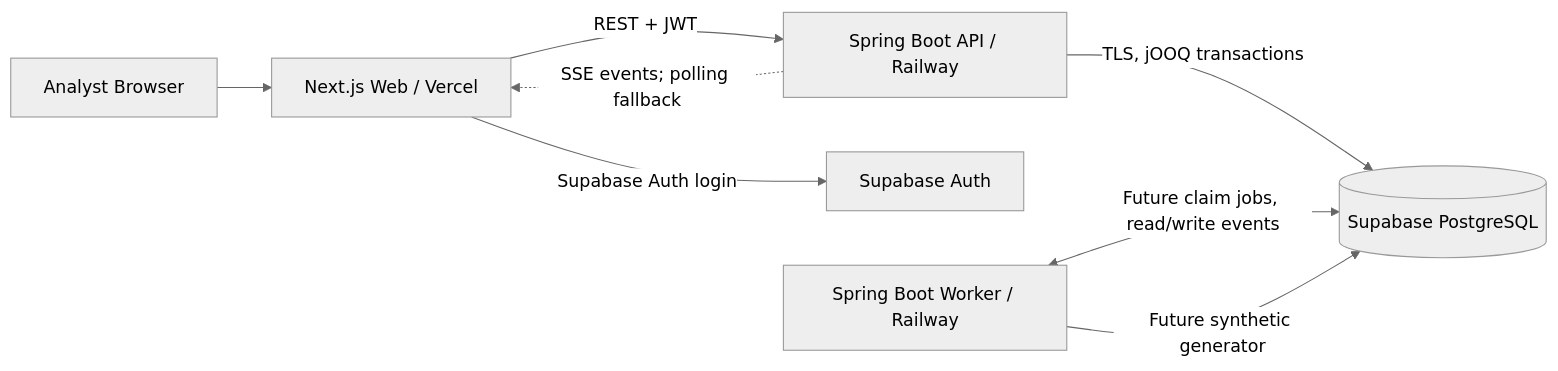
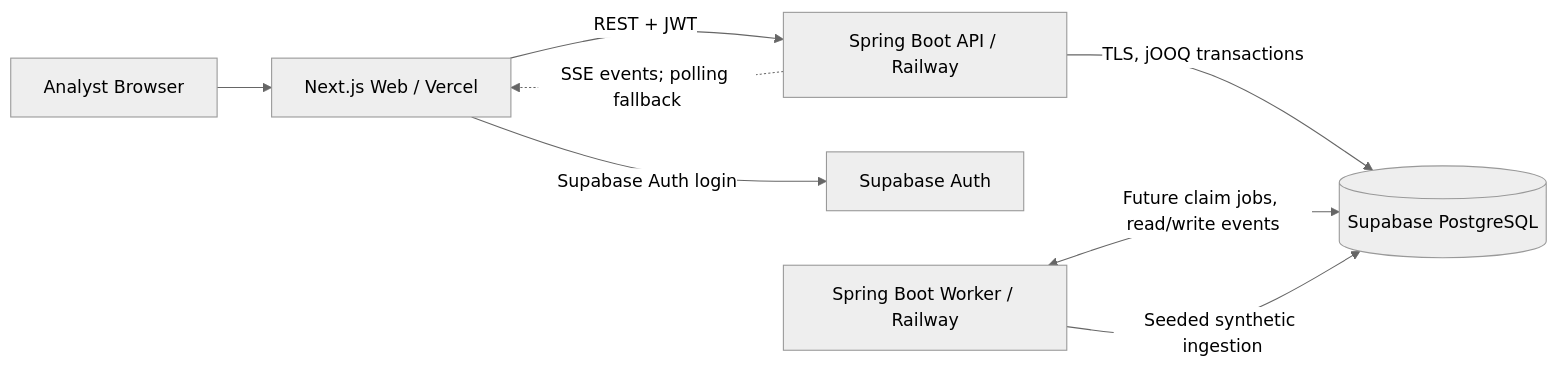
Before and after one commit to kostak-fraud/kostak-fraud-tool: the first of 2 diagrams in docs/ARCHITECTURE.md, drawn with Mermaid (neutral theme). The commit also changed other lines of this file and 20 other files, not shown here.

First line of the commit message:
TX-002: add seeded synthetic generator and idempotent ingestion

````diff
--- a/docs/ARCHITECTURE.md
+++ b/docs/ARCHITECTURE.md
@@ -9,10 +9,10 @@
 ```mermaid
 flowchart LR
   Analyst[Analyst Browser] --> Web[Next.js Web / Vercel]
   Web -->|REST + JWT| API[Spring Boot API / Railway]
   Web -->|Supabase Auth login| Auth[Supabase Auth]
   API -->|TLS, jOOQ transactions| DB[(Supabase PostgreSQL)]
   Worker[Spring Boot Worker / Railway] <-->|Future claim jobs, read/write events| DB
-  Worker -->|Future synthetic generator| DB
+  Worker -->|Seeded synthetic ingestion| DB
   API -.->|SSE events; polling fallback| Web
 ```
````
